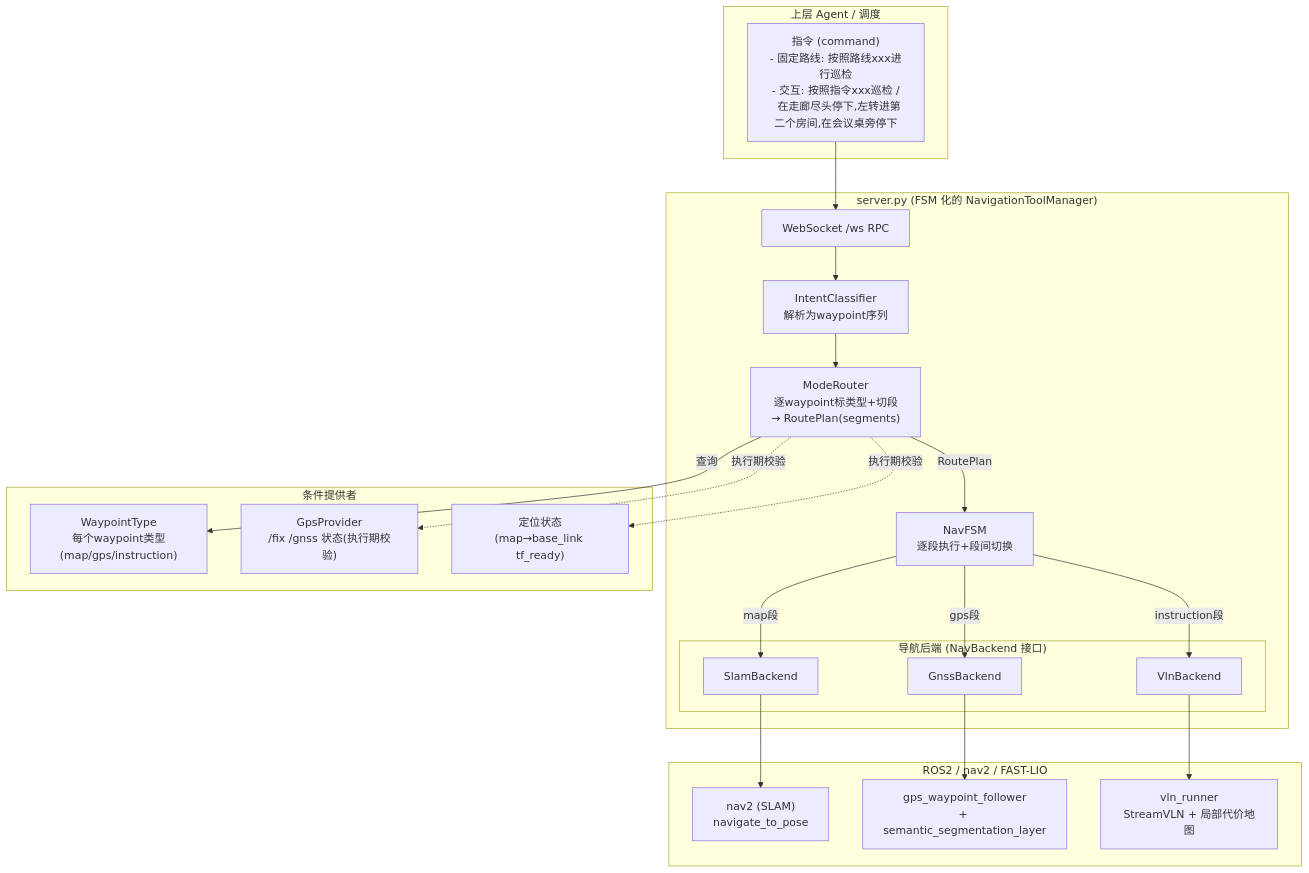
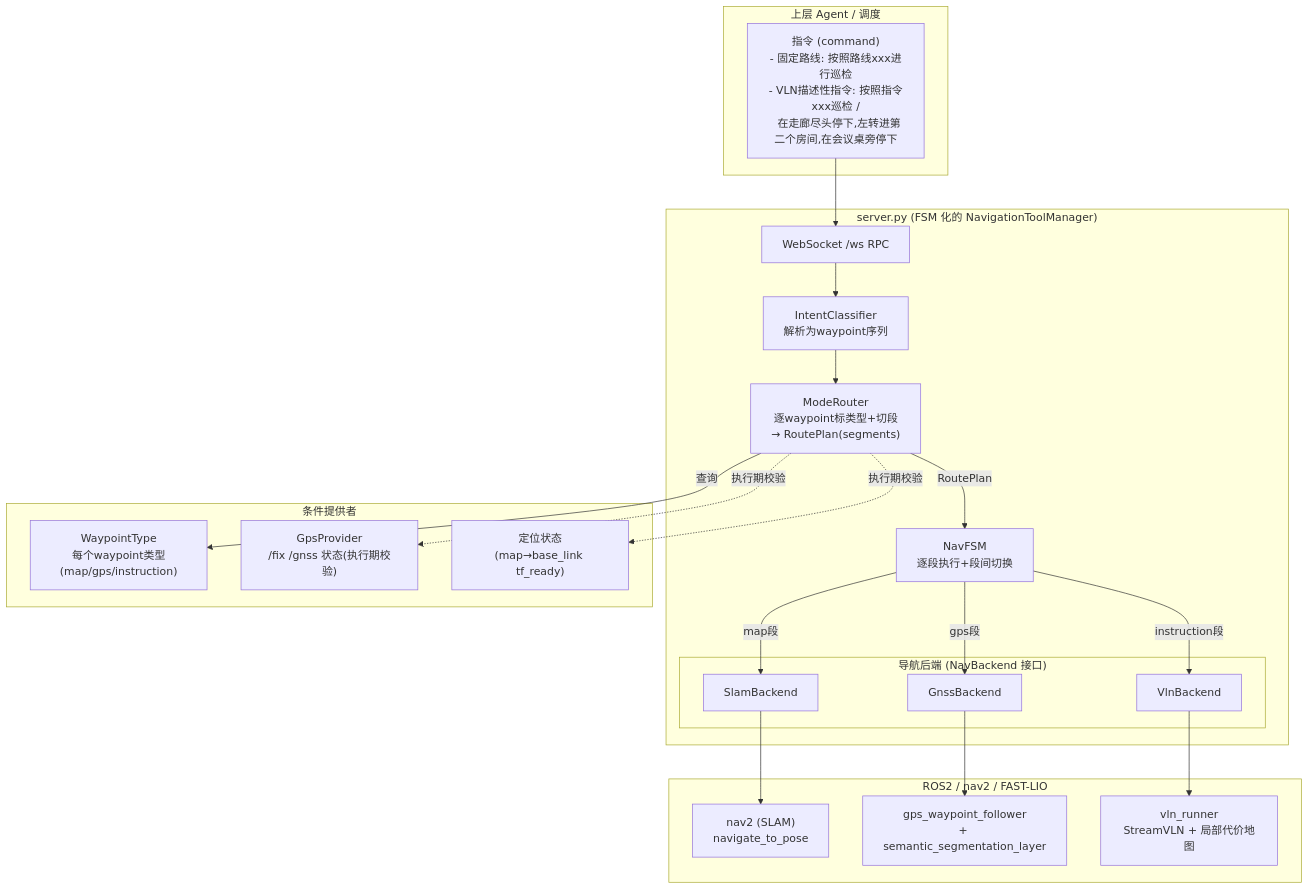
One commit to Austingina/Navi changed the first of 7 diagrams in NaviSkill/docs/fsm_navigation_design.md. Above: the diagram before and after it, drawn with Mermaid. The commit also changed other lines of this file, not shown here.

````diff
--- a/NaviSkill/docs/fsm_navigation_design.md
+++ b/NaviSkill/docs/fsm_navigation_design.md
@@ -83,39 +83,39 @@
 ```mermaid
 flowchart TB
     subgraph Client["上层 Agent / 调度"]
-        CMD["指令 (command)\n- 固定路线: 按照路线xxx进行巡检\n- 交互: 按照指令xxx巡检 /\n  在走廊尽头停下,左转进第二个房间,在会议桌旁停下"]
+        CMD["指令 (command)\n- 固定路线: 按照路线xxx进行巡检\n- VLN描述性指令: 按照指令xxx巡检 /\n  在走廊尽头停下,左转进第二个房间,在会议桌旁停下"]
     end
 
     subgraph Server["server.py (FSM 化的 NavigationToolManager)"]
         WS["WebSocket /ws RPC"]
         CLS["IntentClassifier\n解析为waypoint序列"]
         ROUTER["ModeRouter\n逐waypoint标类型+切段\n→ RoutePlan(segments)"]
         FSM["NavFSM\n逐段执行+段间切换"]
         subgraph Backends["导航后端 (NavBackend 接口)"]
             SLAM["SlamBackend"]
             GNSS["GnssBackend"]
             VLN["VlnBackend"]
         end
     end
 
     subgraph Conditions["条件提供者"]
         WPT["WaypointType\n每个waypoint类型(map/gps/instruction)"]
         GPSP["GpsProvider\n/fix /gnss 状态(执行期校验)"]
         LOC["定位状态\n(map→base_link tf_ready)"]
     end
 
     subgraph ROS["ROS2 / nav2 / FAST-LIO"]
         NAV2["nav2 (SLAM)\nnavigate_to_pose"]
         WPF["gps_waypoint_follower\n+ semantic_segmentation_layer"]
         VLNNODE["vln_runner\nStreamVLN + 局部代价地图"]
     end
 
     CMD --> WS --> CLS --> ROUTER
     ROUTER -->|查询| WPT
     ROUTER -.执行期校验.-> GPSP
     ROUTER -.执行期校验.-> LOC
     ROUTER -->|RoutePlan| FSM
     FSM -->|map段| SLAM --> NAV2
     FSM -->|gps段| GNSS --> WPF
     FSM -->|instruction段| VLN --> VLNNODE
 ```
````
